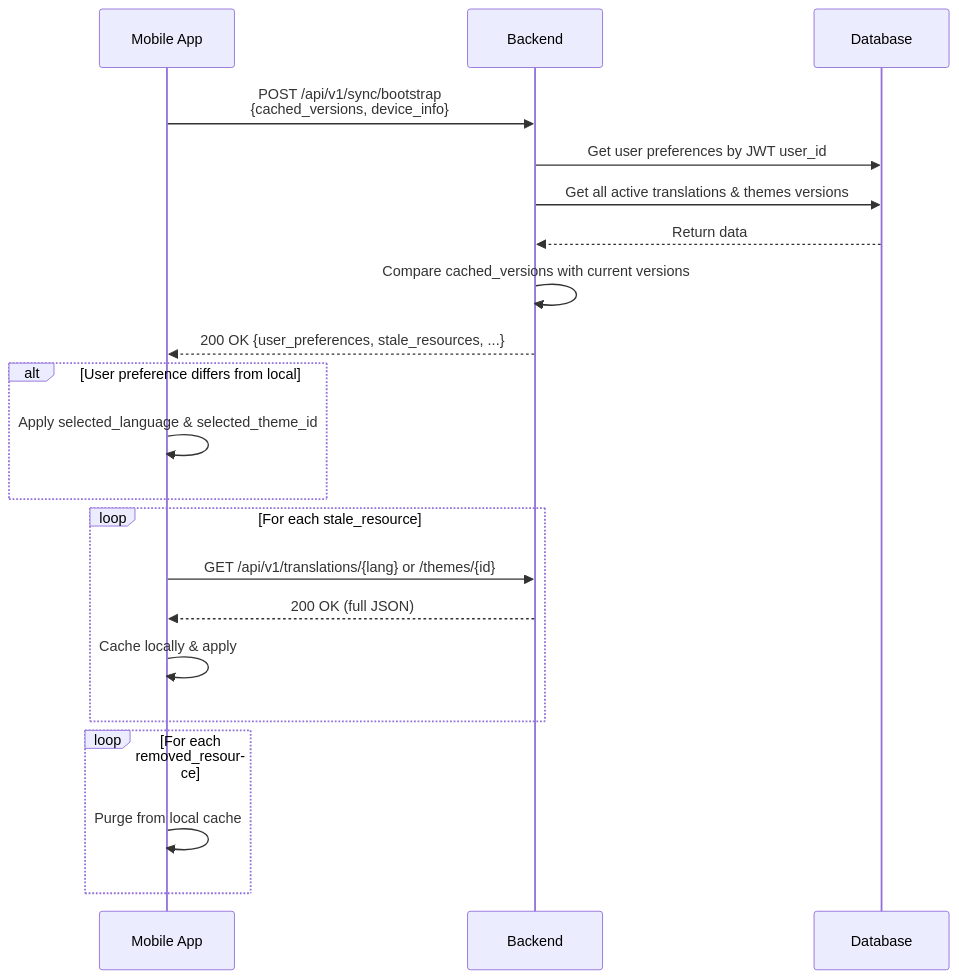
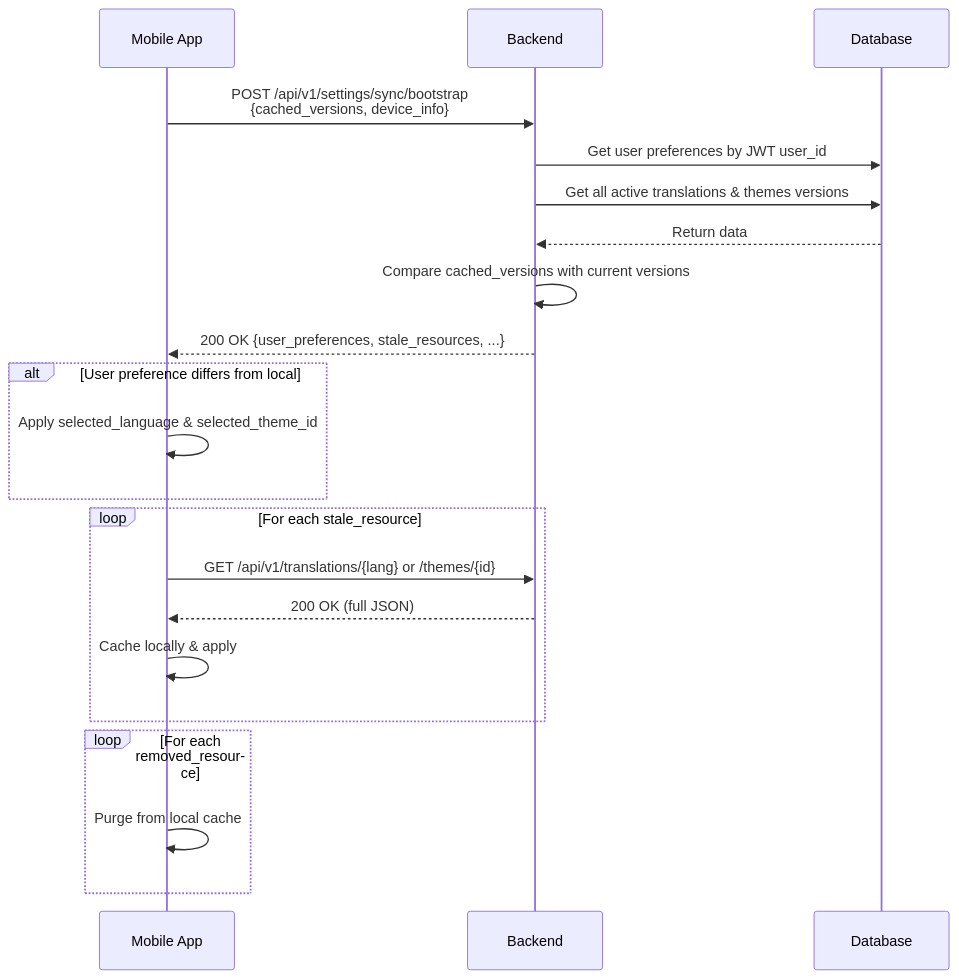
Before and after one commit to DanhDue/bloc_digital_wallet: the first of 4 diagrams in packages/settings/docs/user_preferences_sync_api.md, drawn with Mermaid. The commit also changed other lines of this file and 21 other files, not shown here.

````diff
--- a/packages/settings/docs/user_preferences_sync_api.md
+++ b/packages/settings/docs/user_preferences_sync_api.md
@@ -1069,27 +1069,27 @@
 ```mermaid
 sequenceDiagram
     participant App as Mobile App
     participant BE as Backend
     participant DB as Database
 
-    App->>BE: POST /api/v1/sync/bootstrap<br/>{cached_versions, device_info}
+    App->>BE: POST /api/v1/settings/sync/bootstrap<br/>{cached_versions, device_info}
     BE->>DB: Get user preferences by JWT user_id
     BE->>DB: Get all active translations & themes versions
     DB-->>BE: Return data
     BE->>BE: Compare cached_versions with current versions
     BE-->>App: 200 OK {user_preferences, stale_resources, ...}
 
     alt User preference differs from local
         App->>App: Apply selected_language & selected_theme_id
     end
 
     loop For each stale_resource
         App->>BE: GET /api/v1/translations/{lang} or /themes/{id}
         BE-->>App: 200 OK (full JSON)
         App->>App: Cache locally & apply
     end
 
     loop For each removed_resource
         App->>App: Purge from local cache
     end
 ```
````
